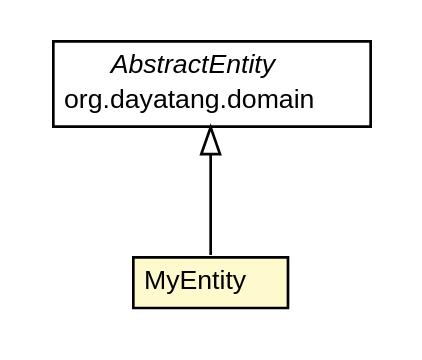
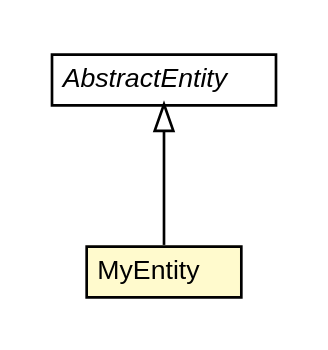
Before and after one commit to dayatang/dddlib: the diagram in dddlib-spring-test/testapidocs/org/dayatang/springtest/domain/MyEntity.dot, drawn with Graphviz. The commit also changed 132 other files, not shown here.

```diff
--- a/dddlib-spring-test/testapidocs/org/dayatang/springtest/domain/MyEntity.dot
+++ b/dddlib-spring-test/testapidocs/org/dayatang/springtest/domain/MyEntity.dot
@@ -1,27 +1,26 @@
 #!/usr/local/bin/dot
 #
 # Class diagram 
 # Generated by UMLGraph version R5_6_6-8-g8d7759 (http://www.umlgraph.org/)
 #
 
 digraph G {
 	edge [fontname="Helvetica",fontsize=10,labelfontname="Helvetica",labelfontsize=10];
 	node [fontname="Helvetica",fontsize=10,shape=plaintext];
 	nodesep=0.25;
 	ranksep=0.5;
 	// org.dayatang.springtest.domain.MyEntity
-	c76 [label=<<table title="org.dayatang.springtest.domain.MyEntity" border="0" cellborder="1" cellspacing="0" cellpadding="2" port="p" bgcolor="lemonChiffon" href="./MyEntity.html">
+	c70 [label=<<table title="org.dayatang.springtest.domain.MyEntity" border="0" cellborder="1" cellspacing="0" cellpadding="2" port="p" bgcolor="lemonChiffon" href="./MyEntity.html">
 		<tr><td><table border="0" cellspacing="0" cellpadding="1">
 <tr><td align="center" balign="center"> MyEntity </td></tr>
 		</table></td></tr>
 		</table>>, URL="./MyEntity.html", fontname="Helvetica", fontcolor="black", fontsize=10.0];
 	//org.dayatang.springtest.domain.MyEntity extends org.dayatang.domain.AbstractEntity
-	c87:p -> c76:p [dir=back,arrowtail=empty];
+	c76:p -> c70:p [dir=back,arrowtail=empty];
 	// org.dayatang.domain.AbstractEntity
-	c87 [label=<<table title="org.dayatang.domain.AbstractEntity" border="0" cellborder="1" cellspacing="0" cellpadding="2" port="p" href="http://java.sun.com/j2se/1.4.2/docs/api/org/dayatang/domain/AbstractEntity.html">
+	c76 [label=<<table title="org.dayatang.domain.AbstractEntity" border="0" cellborder="1" cellspacing="0" cellpadding="2" port="p">
 		<tr><td><table border="0" cellspacing="0" cellpadding="1">
 <tr><td align="center" balign="center"><font face="Helvetica-Oblique"> AbstractEntity </font></td></tr>
-<tr><td align="center" balign="center"> org.dayatang.domain </td></tr>
 		</table></td></tr>
-		</table>>, URL="http://java.sun.com/j2se/1.4.2/docs/api/org/dayatang/domain/AbstractEntity.html", fontname="Helvetica", fontcolor="black", fontsize=10.0];
+		</table>>, URL="null", fontname="Helvetica", fontcolor="black", fontsize=10.0];
 }
```
